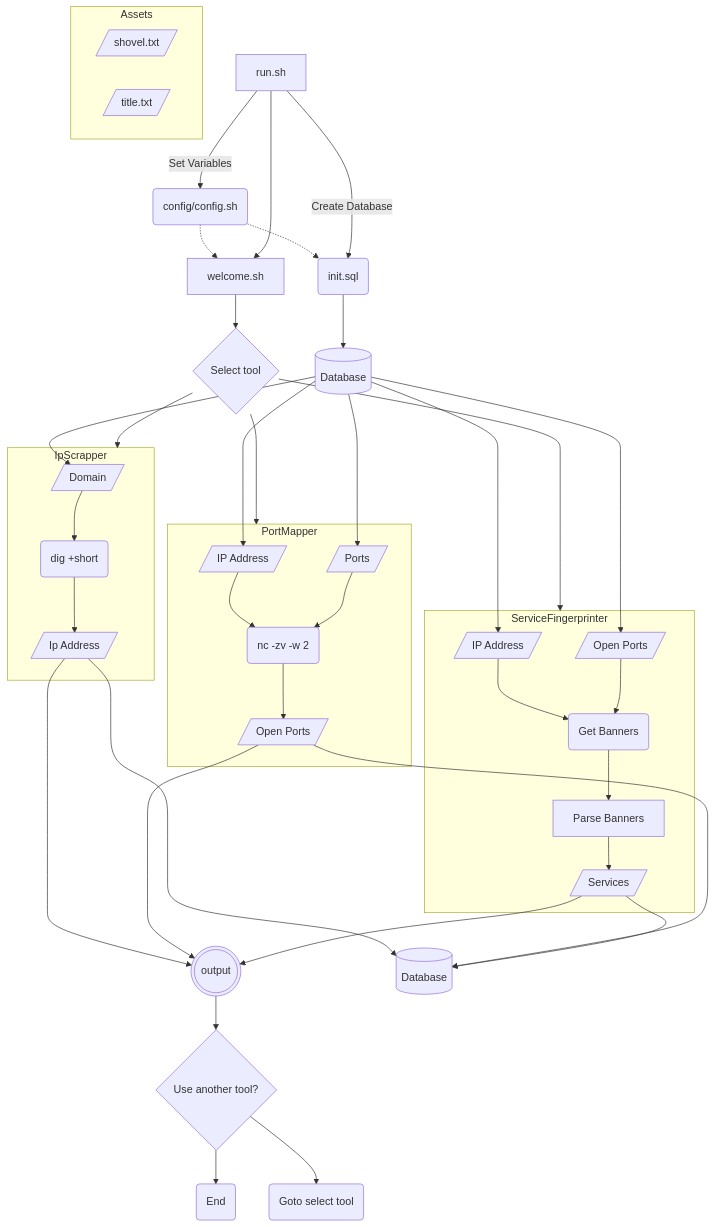
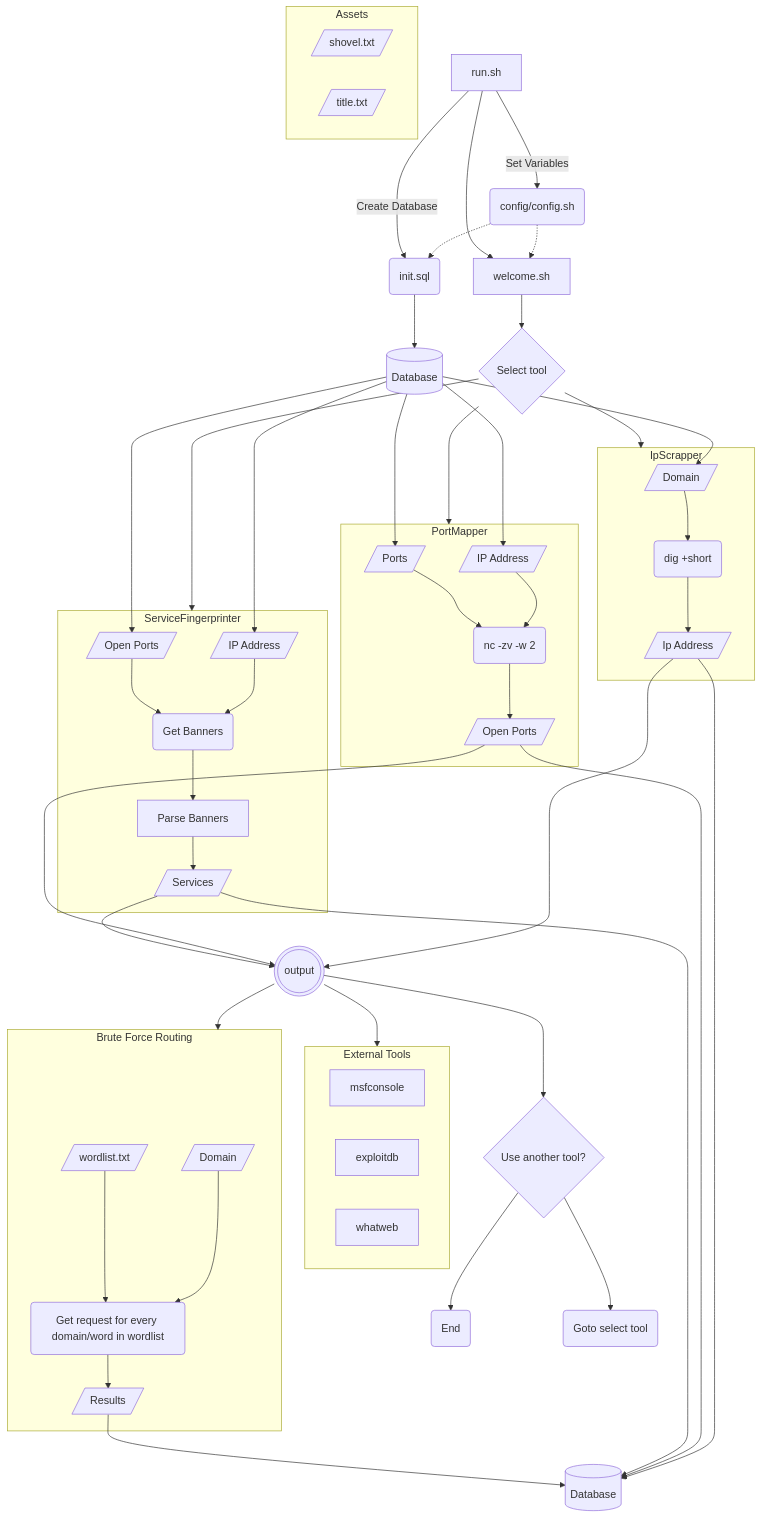
Before and after one commit to Ty-Ap/CS50_final_proj: the diagram in README.md, drawn with Mermaid.

````diff
--- a/README.md
+++ b/README.md
@@ -39,56 +39,71 @@
 ```mermaid
 flowchart TD
 
     run[run.sh] --> |Set Variables| config(config/config.sh) -.-> init.sql & welcome
     run --> |Create Database| init.sql(init.sql)
     init.sql --> database[(Database)] 
 
     subgraph Assets
         shovel[/shovel.txt/]
         title[/title.txt/]
     end
 
     run --> welcome[welcome.sh]
         welcome --> select{Select tool}
 
         select --> IpScrapper
         select --> PortMapper
         select --> ServiceFingerprinter
 
         database --> IpScrapper.in
         database --> PortMapper.in1 & PortMapper.in2
         database --> ServiceFingerprinter.in1 & ServiceFingerprinter.in2
 
 
 
          subgraph IpScrapper
                     IpScrapper.in[/Domain/] --> IpScrapper.proccess(dig +short)
                     IpScrapper.proccess --> IpScrapper.out[/Ip Address/]
          end
 
          subgraph PortMapper
                     PortMapper.in1[/IP Address/] & PortMapper.in2[/Ports/] --> PortMapper.proccess(nc -zv -w 2)
                     PortMapper.proccess --> PortMapper.out[/Open Ports/]
          end
 
          subgraph ServiceFingerprinter
                     ServiceFingerprinter.in1[/IP Address/] & ServiceFingerprinter.in2[/Open Ports/] --> ServiceFingerprinter.proccess1(Get Banners)
                     ServiceFingerprinter.proccess1 --> ServiceFingerprinter.proccess2[Parse Banners]
                     ServiceFingerprinter.proccess2 --> ServiceFingerprinter.out[/Services/]
          end
             
             IpScrapper ~~~ PortMapper ~~~ ServiceFingerprinter
                     
             stdout(((output)))
             IpScrapper.out --> stdout
             PortMapper.out --> stdout
             ServiceFingerprinter.out --> stdout
 
             database2[(Database)]
             IpScrapper.out --> database2
             PortMapper.out --> database2
             ServiceFingerprinter.out --> database2
 
             stdout --> redo{Use another tool?}
             redo --> endchart(End) & restart(Goto select tool)
+
+            subgraph extools[External Tools]
+                msfconsole
+                exploitdb
+                whatweb
+            end
+            subgraph routing[Brute Force Routing]
+                routing.in1[/Domain/]
+                routing.in2[/wordlist.txt/]
+                routing.proccess(Get request for every domain/word in wordlist)
+                routing.in1 & routing.in2 --> routing.proccess
+                routing.proccess --> routing.out[/"Results"/]
+            end
+            routing.out --> database2
+            stdout --> extools & routing
 ```
````
